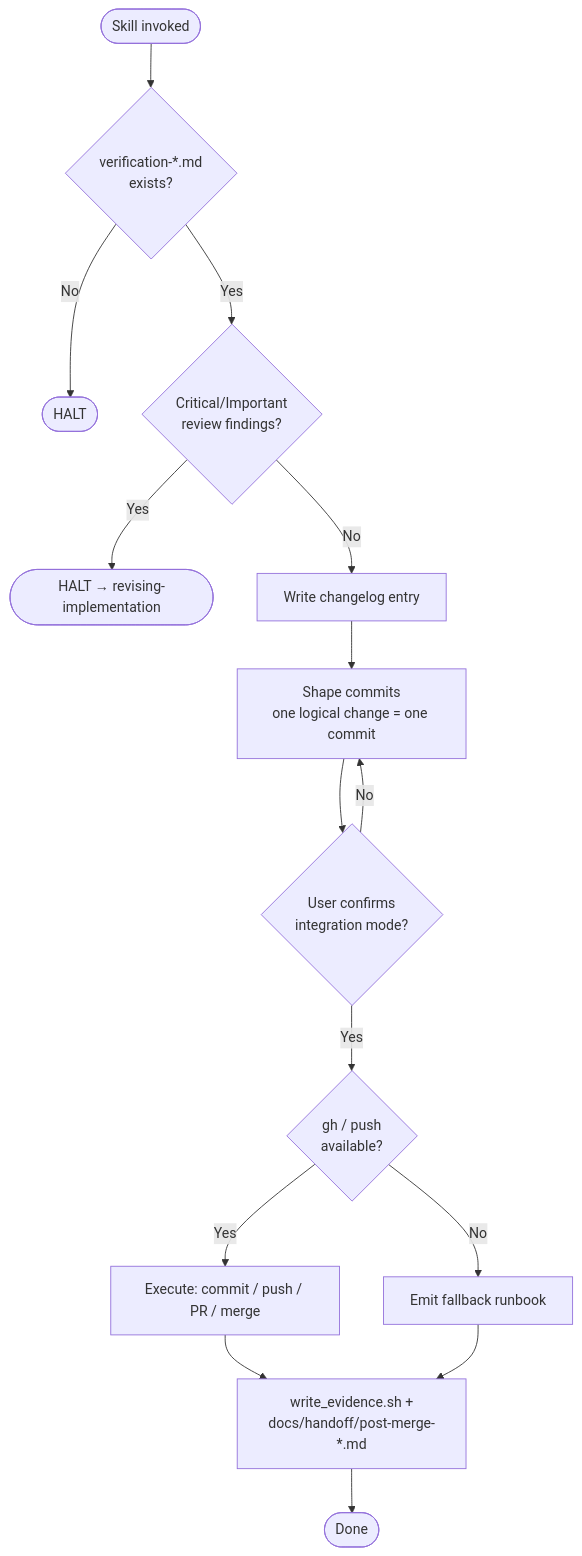
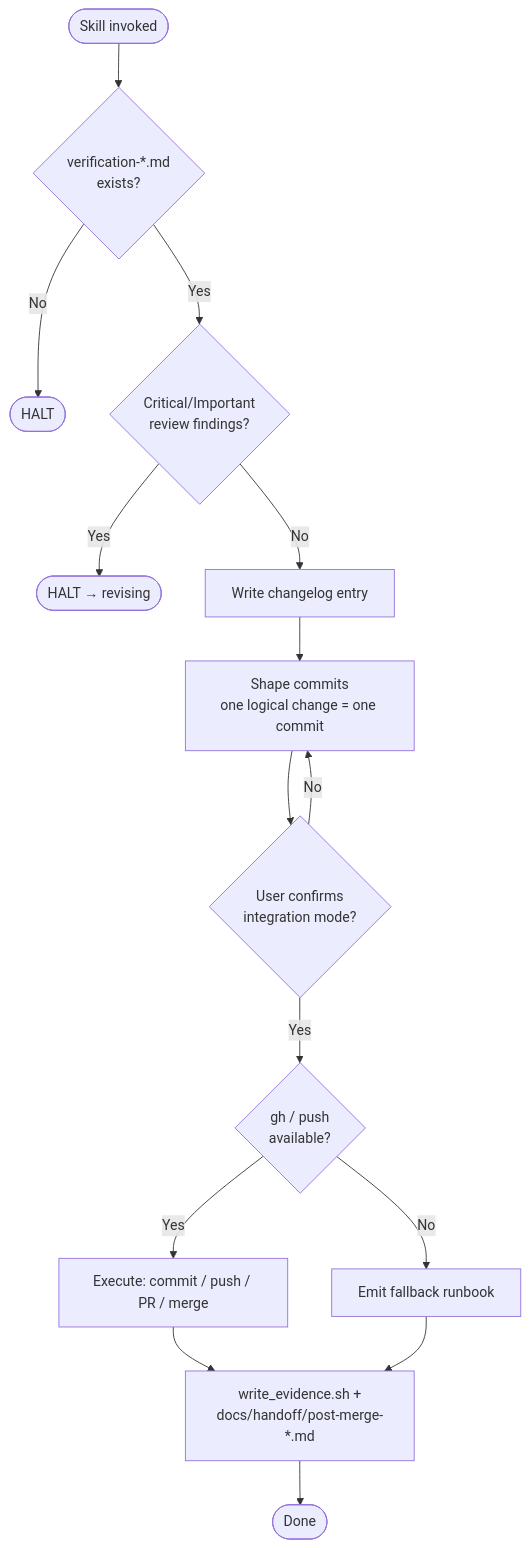
Before and after one commit to wintermaples/spec-coexist: the diagram in .claude/skills/finishing-subsystem-work/SKILL.md, drawn with Mermaid. The commit also changed other lines of this file and 158 other files, not shown here.

````diff
--- a/.claude/skills/finishing-subsystem-work/SKILL.md
+++ b/.claude/skills/finishing-subsystem-work/SKILL.md
@@ -52,17 +52,17 @@
 ```mermaid
 flowchart TD
     Start([Skill invoked]) --> V{verification-*.md<br/>exists?}
     V -- No --> Halt1([HALT])
     V -- Yes --> R{Critical/Important<br/>review findings?}
-    R -- Yes --> Halt2([HALT → revising-implementation])
+    R -- Yes --> Halt2([HALT → revising])
     R -- No --> CL[Write changelog entry]
     CL --> Shape[Shape commits<br/>one logical change = one commit]
     Shape --> Confirm{User confirms<br/>integration mode?}
     Confirm -- No --> Shape
     Confirm -- Yes --> Caps{gh / push<br/>available?}
     Caps -- No --> FB[Emit fallback runbook]
     Caps -- Yes --> Do[Execute: commit / push / PR / merge]
     Do --> Evi[write_evidence.sh +<br/>docs/handoff/post-merge-*.md]
     FB --> Evi
     Evi --> End([Done])
 ```
````
